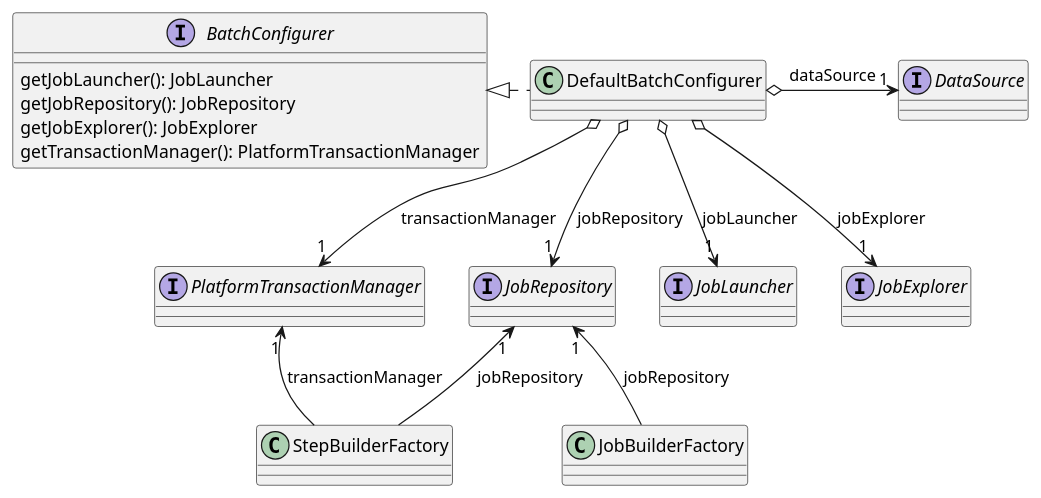
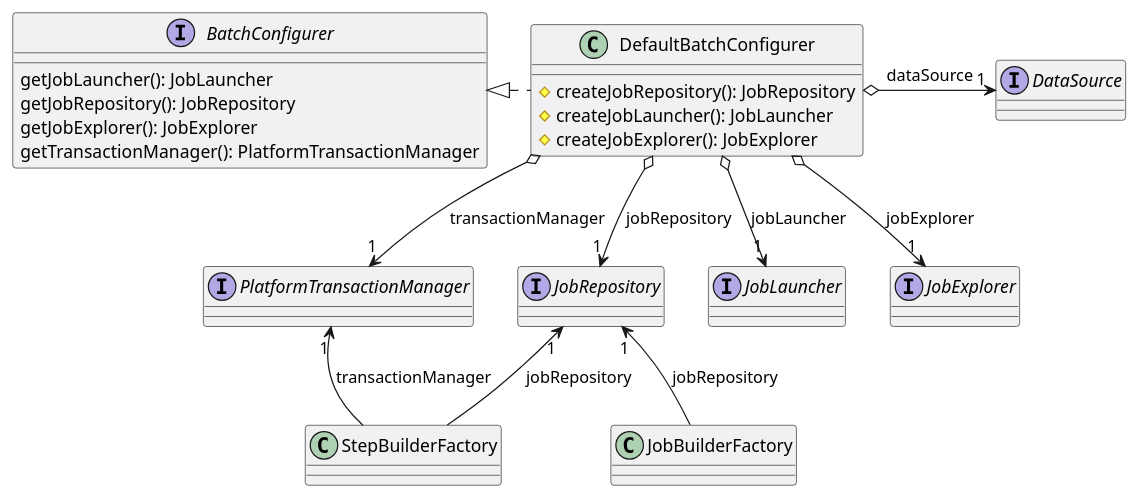
The first of 6 diagrams in slides/src/docs/asciidoc/builder.adoc (goldschmiede/2019-06-28-Spring-Batch), drawn with PlantUML before and after one commit. The commit also changed other lines of this file and 11 other files, not shown here.

```diff
--- a/slides/src/docs/asciidoc/builder.adoc
+++ b/slides/src/docs/asciidoc/builder.adoc
@@ -13,27 +15,33 @@
 [plantuml, BatchConfigurer, svg, height=760]
 ....
 interface BatchConfigurer {
     getJobLauncher(): JobLauncher
     getJobRepository(): JobRepository
     getJobExplorer(): JobExplorer
     getTransactionManager(): PlatformTransactionManager
 }
 interface DataSource
 interface PlatformTransactionManager
 interface JobRepository
 interface JobLauncher
 interface JobExplorer
 
+class DefaultBatchConfigurer {
+    #createJobRepository(): JobRepository
+    #createJobLauncher(): JobLauncher
+    #createJobExplorer(): JobExplorer
+}
+
 BatchConfigurer <|. DefaultBatchConfigurer
 
 DefaultBatchConfigurer o-> "1" DataSource: dataSource
 DefaultBatchConfigurer o--> "1" PlatformTransactionManager: transactionManager
 DefaultBatchConfigurer o--> "1" JobRepository: jobRepository
 DefaultBatchConfigurer o--> "1" JobLauncher: jobLauncher
 DefaultBatchConfigurer o--> "1" JobExplorer: jobExplorer
 
 JobRepository "1" <-- StepBuilderFactory: jobRepository
 PlatformTransactionManager "1" <-- StepBuilderFactory: transactionManager
 
 JobRepository "1" <-- JobBuilderFactory: jobRepository
 ....
```
